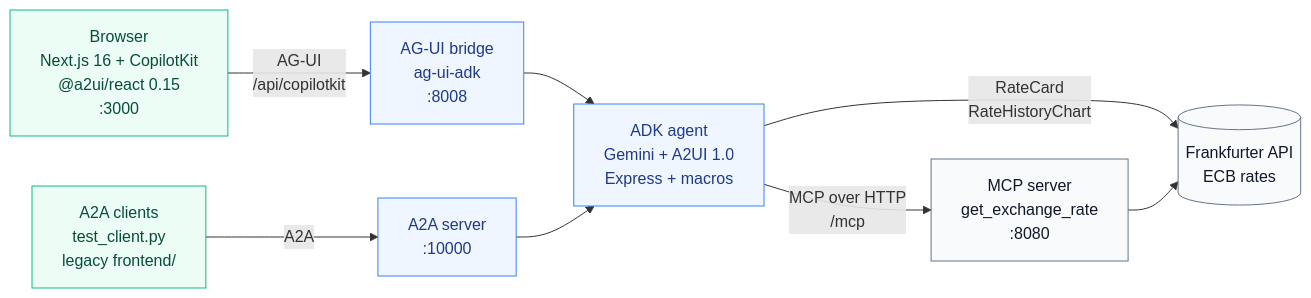
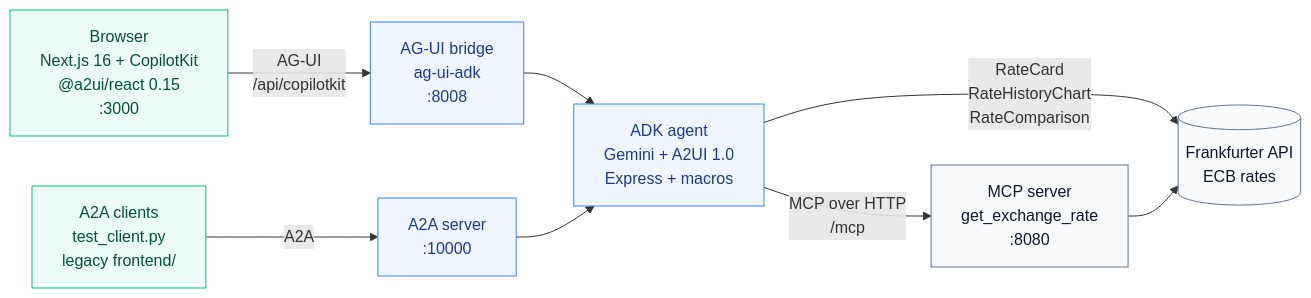
Before and after one commit to xbill9/currency-claude-agui-a2ui1: the diagram in docs/a2ui-1-0/diagrams/architecture.mmd, drawn with Mermaid. The commit also changed 23 other files, not shown here.

```diff
--- a/docs/a2ui-1-0/diagrams/architecture.mmd
+++ b/docs/a2ui-1-0/diagrams/architecture.mmd
@@ -1,13 +1,13 @@
 flowchart LR
     B["Browser<br/>Next.js 16 + CopilotKit<br/>@a2ui/react 0.15<br/>:3000"] -- "AG-UI<br/>/api/copilotkit" --> G["AG-UI bridge<br/>ag-ui-adk<br/>:8008"]
     G --> AG["ADK agent<br/>Gemini + A2UI 1.0<br/>Express + macros"]
     C["A2A clients<br/>test_client.py<br/>legacy frontend/"] -- "A2A" --> S["A2A server<br/>:10000"] --> AG
     AG -- "MCP over HTTP<br/>/mcp" --> M["MCP server<br/>get_exchange_rate<br/>:8080"]
-    AG -- "RateCard<br/>RateHistoryChart" --> F[("Frankfurter API<br/>ECB rates")]
+    AG -- "RateCard<br/>RateHistoryChart<br/>RateComparison" --> F[("Frankfurter API<br/>ECB rates")]
     M --> F
     classDef ui fill:#ecfdf5,stroke:#10b981,color:#064e3b
     classDef agent fill:#eff6ff,stroke:#3b82f6,color:#1e3a8a
     classDef ext fill:#f8fafc,stroke:#64748b,color:#0f172a
     class B,C ui
     class G,S,AG agent
     class M,F ext
```
